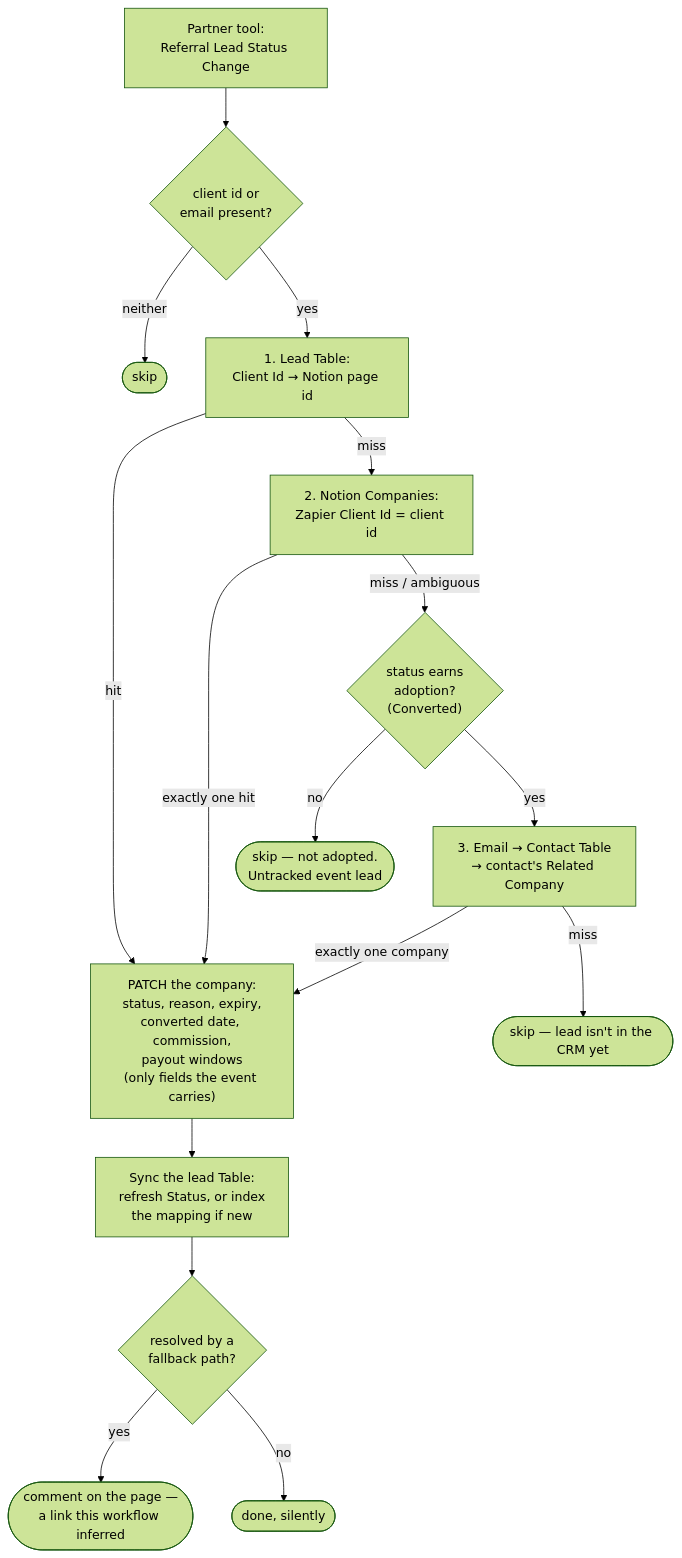
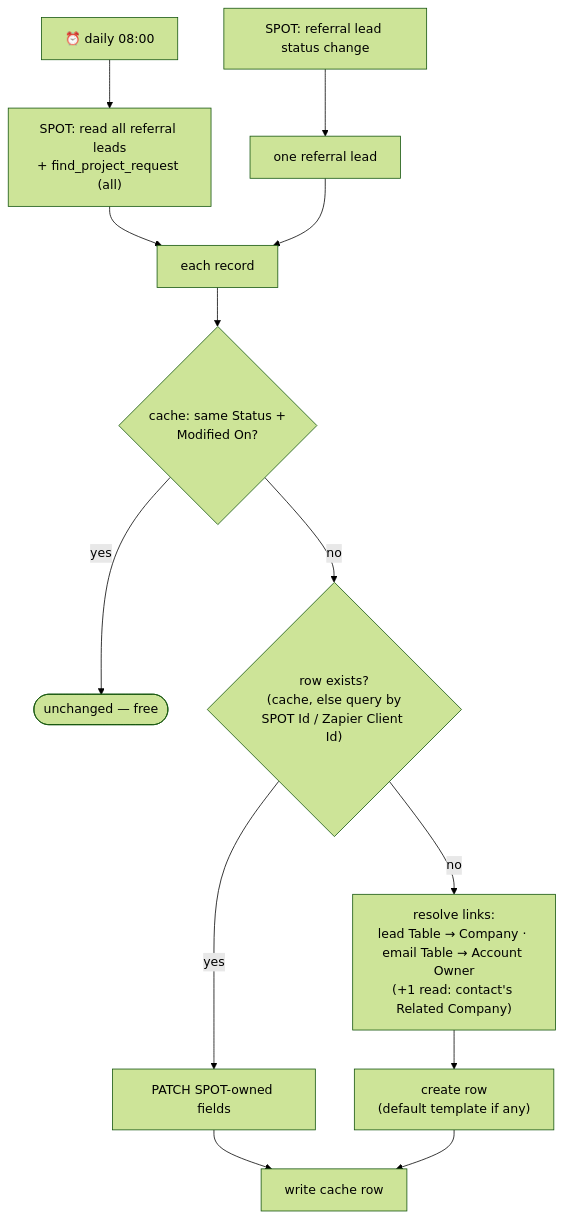
One commit to work-flowers/zapier-sdk changed the diagram in zapier-partner-lead-status-to-notion/README.md. Above: the diagram before and after it, drawn with Mermaid (forest theme). The commit also changed other lines of this file and 8 other files, not shown here.

First line of the commit message:
Move Zapier partner leads into their own Notion database

````diff
--- a/zapier-partner-lead-status-to-notion/README.md
+++ b/zapier-partner-lead-status-to-notion/README.md
@@ -11,19 +18,15 @@
 ```mermaid
 flowchart TD
-    A["Partner tool:<br/>Referral Lead Status Change"] --> B{"client id or<br/>email present?"}
-    B -- neither --> Z0(["skip"])
-    B -- yes --> C["1. Lead Table:<br/>Client Id → Notion page id"]
-    C -- hit --> P
-    C -- miss --> D["2. Notion Companies:<br/>Zapier Client Id = client id"]
-    D -- "exactly one hit" --> P
-    D -- "miss / ambiguous" --> G{"status earns<br/>adoption?<br/>(Converted)"}
-    G -- no --> Z2(["skip — not adopted.<br/>Untracked event lead"])
-    G -- yes --> E["3. Email → Contact Table<br/>→ contact's Related Company"]
-    E -- "exactly one company" --> P
-    E -- miss --> Z1(["skip — lead isn't in the CRM yet"])
-    P["PATCH the company:<br/>status, reason, expiry,<br/>converted date, commission,<br/>payout windows<br/>(only fields the event carries)"]
-    P --> Q["Sync the lead Table:<br/>refresh Status, or index<br/>the mapping if new"]
-    Q --> R{"resolved by a<br/>fallback path?"}
-    R -- yes --> S(["comment on the page —<br/>a link this workflow inferred"])
-    R -- no --> T(["done, silently"])
+    T["SPOT: referral lead status change"] --> E["one referral lead"]
+    S["⏰ daily 08:00"] --> L["SPOT: read all referral leads<br/>+ find_project_request (all)"]
+    L --> R["each record"]
+    E --> R
+    R --> C{"cache: same Status +<br/>Modified On?"}
+    C -- yes --> U(["unchanged — free"])
+    C -- no --> F{"row exists?<br/>(cache, else query by<br/>SPOT Id / Zapier Client Id)"}
+    F -- yes --> P["PATCH SPOT-owned fields"]
+    F -- no --> K["resolve links:<br/>lead Table → Company · email Table → Account Owner<br/>(+1 read: contact's Related Company)"]
+    K --> N["create row<br/>(default template if any)"]
+    P --> W["write cache row"]
+    N --> W
 ```
````
